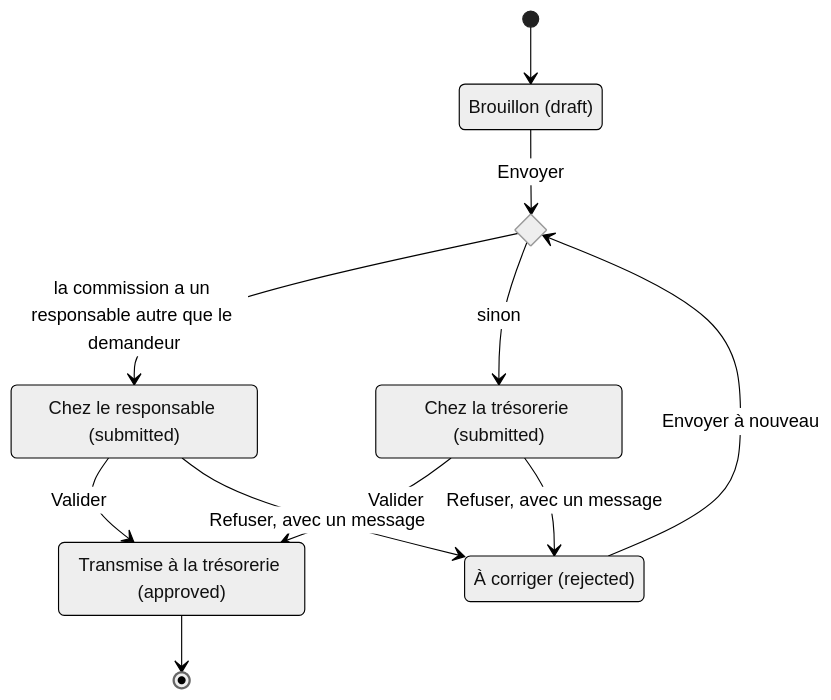
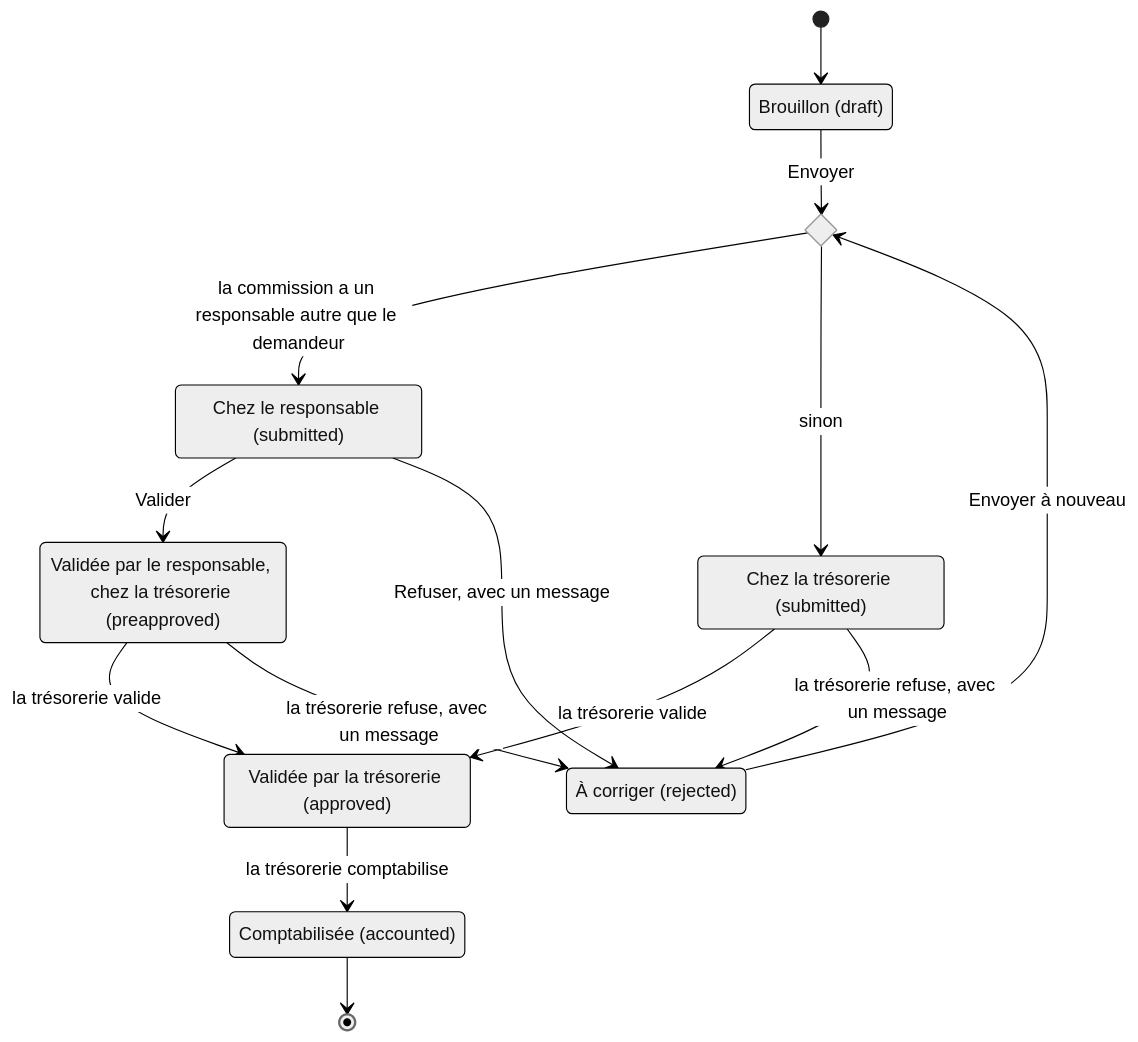
The diagram in docs/notes-de-frais.md (Club-Alpin-Lyon-Villeurbanne/plateforme-club-alpin), drawn with Mermaid (neutral theme) before and after one commit. The commit also changed other lines of this file and 2 other files, not shown here.

Commit message:
docs(notes-de-frais): double validation et statut preapproved
Corrige les phrases que la double validation rend fausses : circuit des
statuts (diagramme avec `preapproved` et la comptabilisation), rôle de la
trésorerie, mails au demandeur, valideurs « avant la trésorerie », et
une ligne pour le développeur sur les transitions et la migration de la
colonne `status`. La réécriture d'ensemble viendra avec les captures.

````diff
--- a/docs/notes-de-frais.md
+++ b/docs/notes-de-frais.md
@@ -46,20 +47,25 @@
 ```mermaid
 stateDiagram-v2
     state "Brouillon (draft)" as brouillon
     state envoi <<choice>>
     state "Chez le responsable (submitted)" as responsable
     state "Chez la trésorerie (submitted)" as tresorerie
+    state "Validée par le responsable, chez la trésorerie (preapproved)" as prevalidee
     state "À corriger (rejected)" as corriger
-    state "Transmise à la trésorerie (approved)" as transmise
+    state "Validée par la trésorerie (approved)" as validee
+    state "Comptabilisée (accounted)" as comptabilisee
 
     [*] --> brouillon
     brouillon --> envoi : Envoyer
     corriger --> envoi : Envoyer à nouveau
     envoi --> responsable : la commission a un responsable autre que le demandeur
     envoi --> tresorerie : sinon
-    responsable --> transmise : Valider
+    responsable --> prevalidee : Valider
     responsable --> corriger : Refuser, avec un message
-    tresorerie --> transmise : Valider
-    tresorerie --> corriger : Refuser, avec un message
-    transmise --> [*]
+    prevalidee --> validee : la trésorerie valide
+    prevalidee --> corriger : la trésorerie refuse, avec un message
+    tresorerie --> validee : la trésorerie valide
+    tresorerie --> corriger : la trésorerie refuse, avec un message
+    validee --> comptabilisee : la trésorerie comptabilise
+    comptabilisee --> [*]
 ```
````
